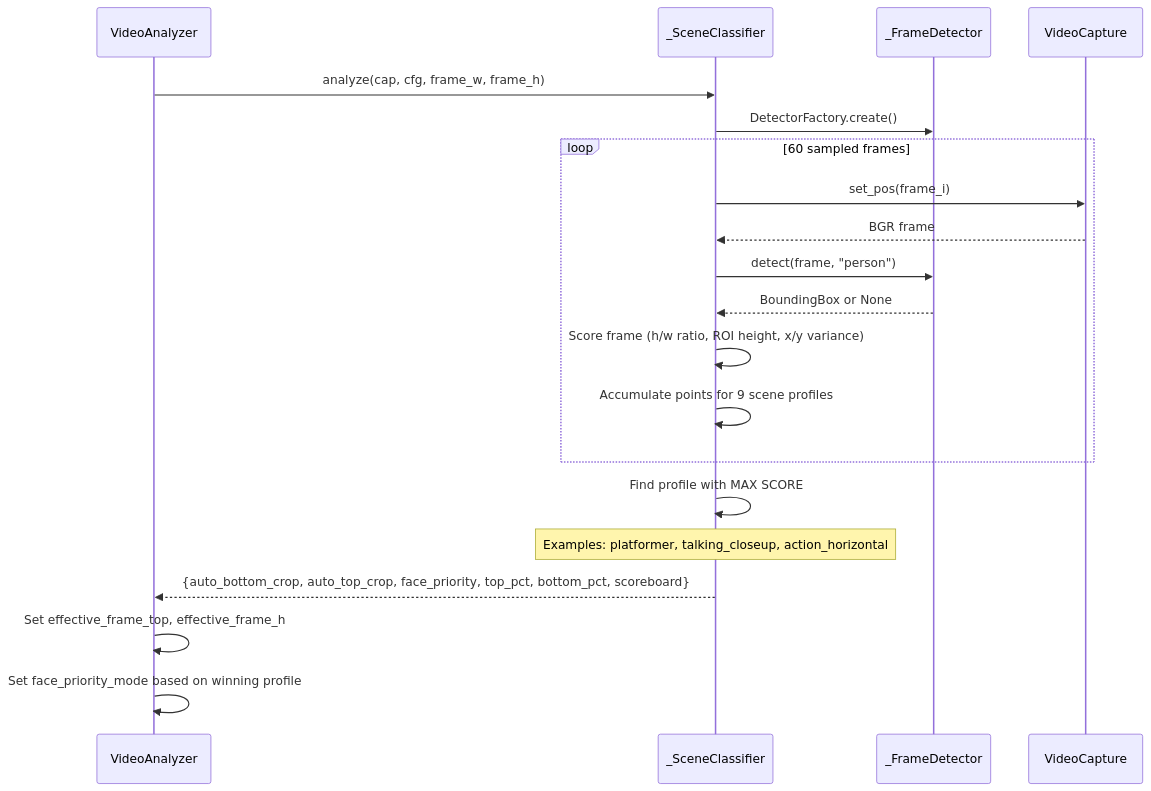
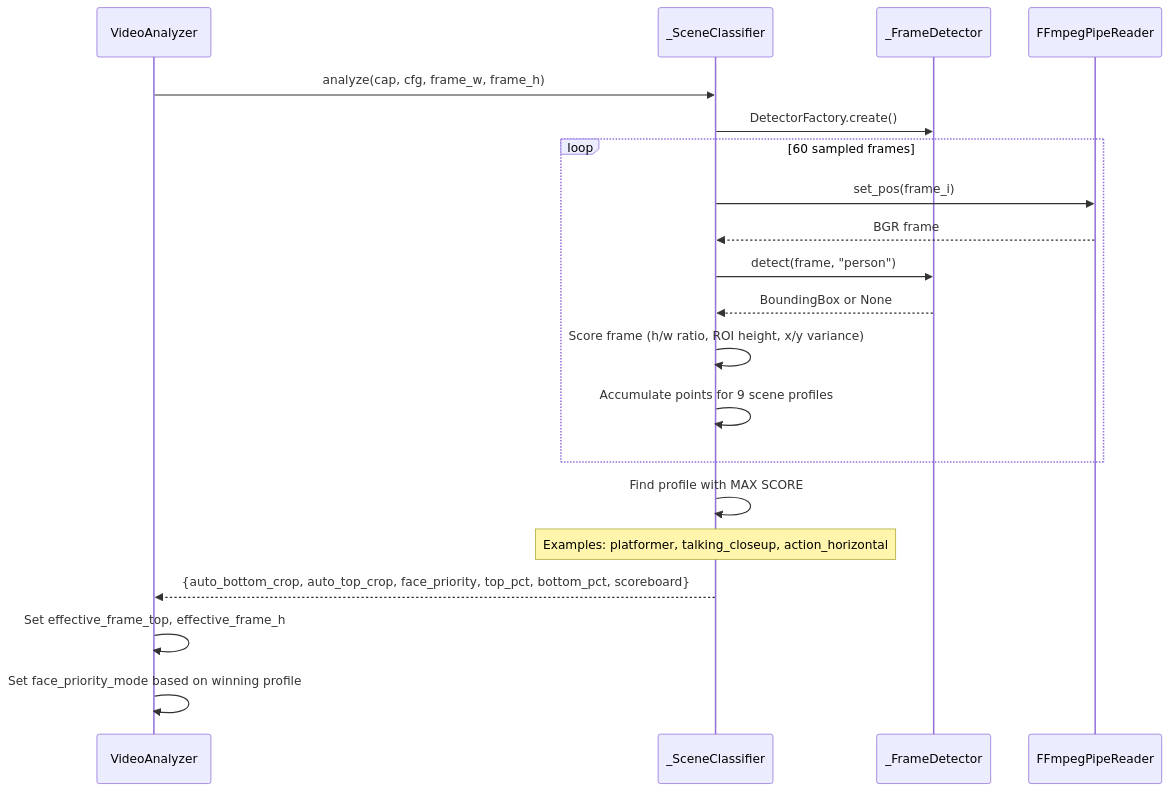
One commit to red77290/dmd_gif_converter changed the sixth of 9 diagrams in docs/architecture.md. Above: the diagram before and after it, drawn with Mermaid. The commit also changed other lines of this file and 42 other files, not shown here.

````diff
--- a/docs/architecture.md
+++ b/docs/architecture.md
@@ -642,23 +642,23 @@
 ```mermaid
 sequenceDiagram
     participant VA as VideoAnalyzer
     participant SC as _SceneClassifier
     participant DET as _FrameDetector
-    participant CAP as VideoCapture
+    participant CAP as FFmpegPipeReader
 
     VA->>SC: analyze(cap, cfg, frame_w, frame_h)
     SC->>DET: DetectorFactory.create()
     loop 60 sampled frames
         SC->>CAP: set_pos(frame_i)
         CAP-->>SC: BGR frame
         SC->>DET: detect(frame, "person")
         DET-->>SC: BoundingBox or None
         SC->>SC: Score frame (h/w ratio, ROI height, x/y variance)
         SC->>SC: Accumulate points for 9 scene profiles
     end
     SC->>SC: Find profile with MAX SCORE
     Note over SC: Examples: platformer, talking_closeup, action_horizontal
     SC-->>VA: {auto_bottom_crop, auto_top_crop, face_priority, top_pct, bottom_pct, scoreboard}
     VA->>VA: Set effective_frame_top, effective_frame_h
     VA->>VA: Set face_priority_mode based on winning profile
 ```
````
